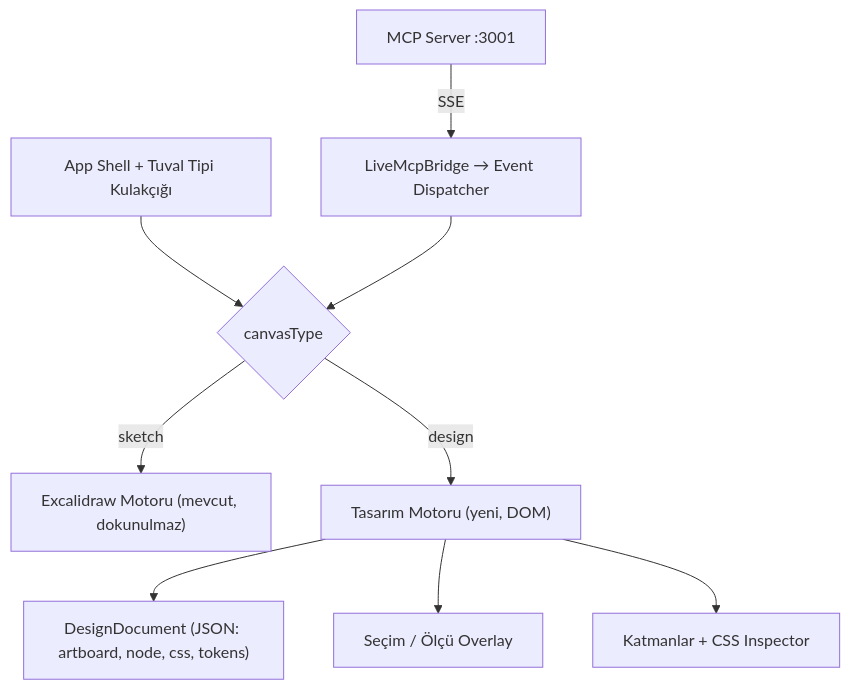
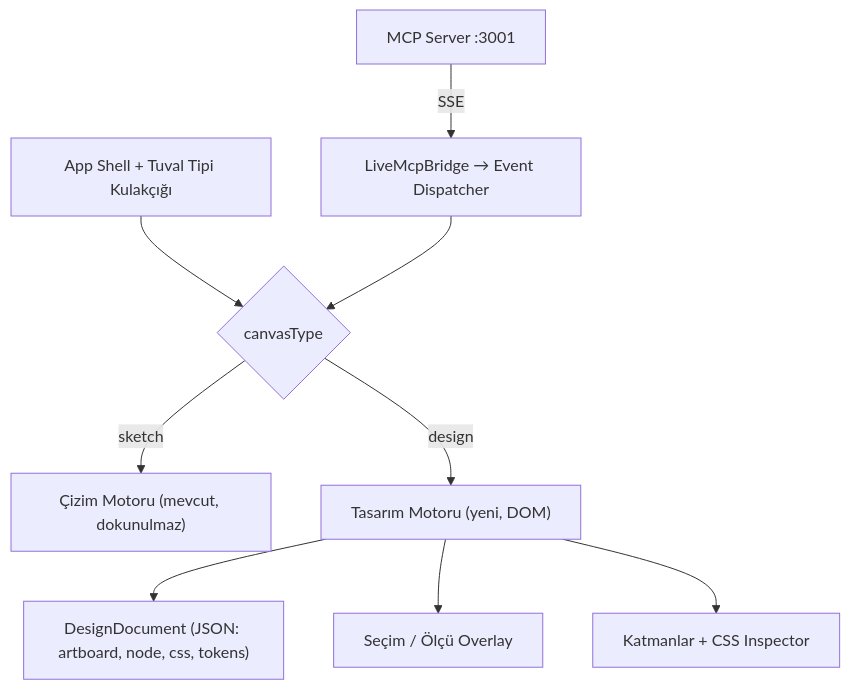
One commit to brkmustu/synapdraw changed the diagram in .context/feasibility_design_canvas.md. Above: the diagram before and after it, drawn with Mermaid. The commit also changed other lines of this file and 13 other files, not shown here.

````diff
--- a/.context/feasibility_design_canvas.md
+++ b/.context/feasibility_design_canvas.md
@@ -64,11 +64,11 @@
 ```mermaid
 graph TD
   Shell["App Shell + Tuval Tipi Kulakçığı"] --> Router{"canvasType"}
-  Router -->|sketch| Excal["Excalidraw Motoru (mevcut, dokunulmaz)"]
+  Router -->|sketch| Sketch["Çizim Motoru (mevcut, dokunulmaz)"]
   Router -->|design| Design["Tasarım Motoru (yeni, DOM)"]
   Bridge["LiveMcpBridge → Event Dispatcher"] --> Router
   MCP["MCP Server :3001"] -->|SSE| Bridge
   Design --> Doc["DesignDocument (JSON: artboard, node, css, tokens)"]
   Design --> Overlay["Seçim / Ölçü Overlay"]
   Design --> Inspector["Katmanlar + CSS Inspector"]
 ```
````
